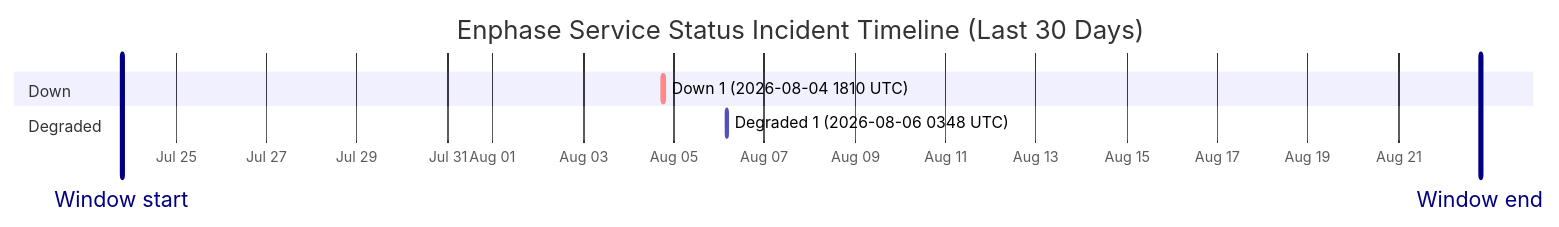
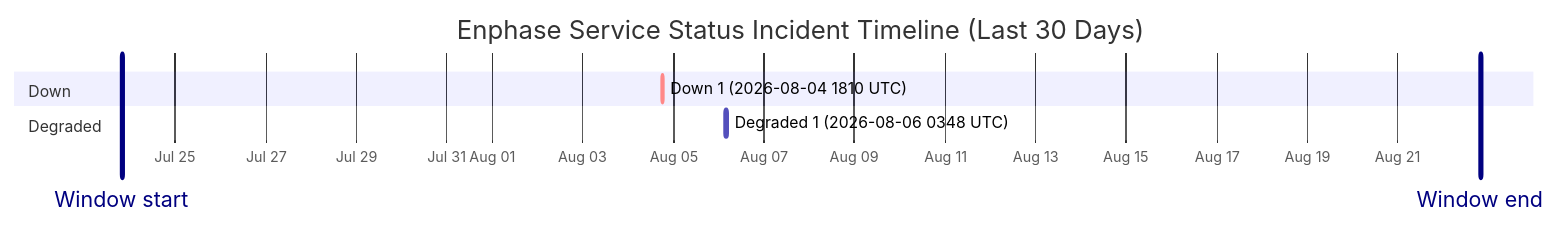
Before and after one commit to barneyonline/ha-enphase-energy: the diagram in wiki/Service-Status-History.md, drawn with Mermaid. The commit also changed other lines of this file and 3 other files, not shown here.

````diff
--- a/wiki/Service-Status-History.md
+++ b/wiki/Service-Status-History.md
@@ -14,12 +14,12 @@
 ```mermaid
 gantt
     title Enphase Service Status Incident Timeline (Last 30 Days)
     dateFormat  YYYY-MM-DDTHH:mm:ss
     axisFormat  %b %d
-    Window start :vert, window-start, 2026-07-23T19:27:57, 0ms
-    Window end :vert, window-end, 2026-08-22T19:27:57, 0ms
+    Window start :vert, window-start, 2026-07-23T19:47:35, 0ms
+    Window end :vert, window-end, 2026-08-22T19:47:35, 0ms
     section Down
     Down 1 (2026-08-04 1810 UTC) :crit, down-1, 2026-08-04T18:10:46, 60m
     section Degraded
     Degraded 1 (2026-08-06 0348 UTC) :active, degraded-1, 2026-08-06T03:48:14, 60m
 ```
````
